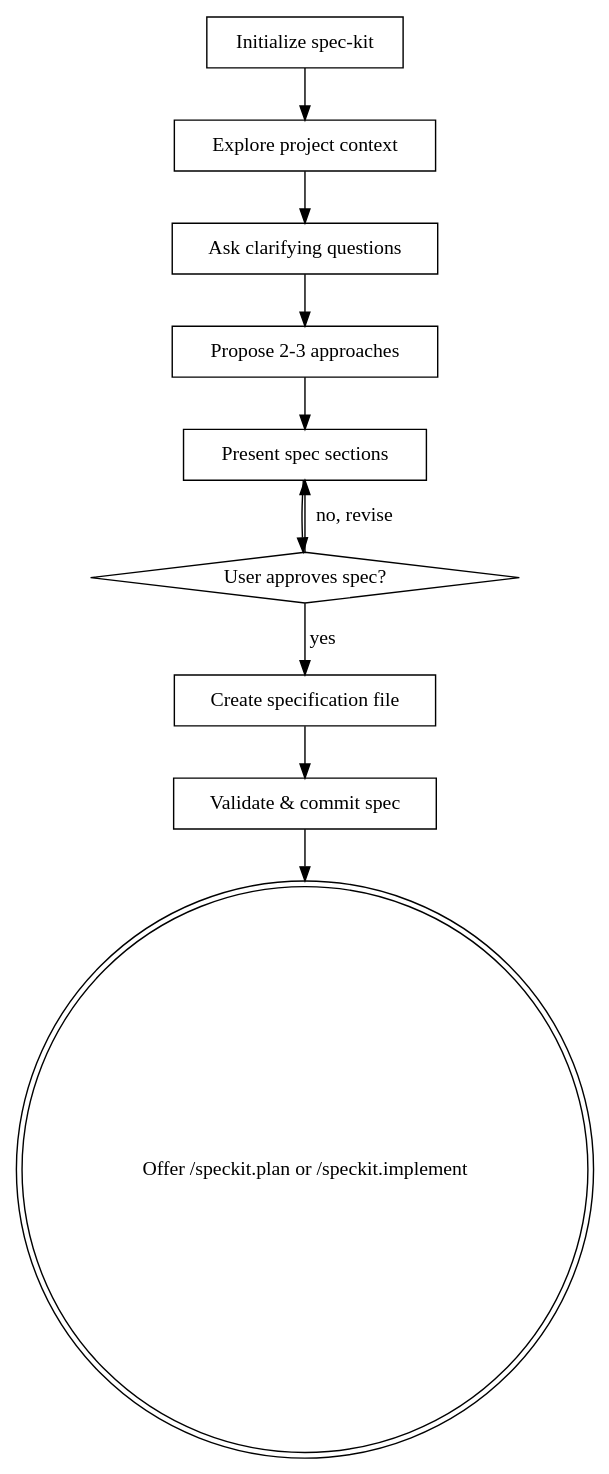
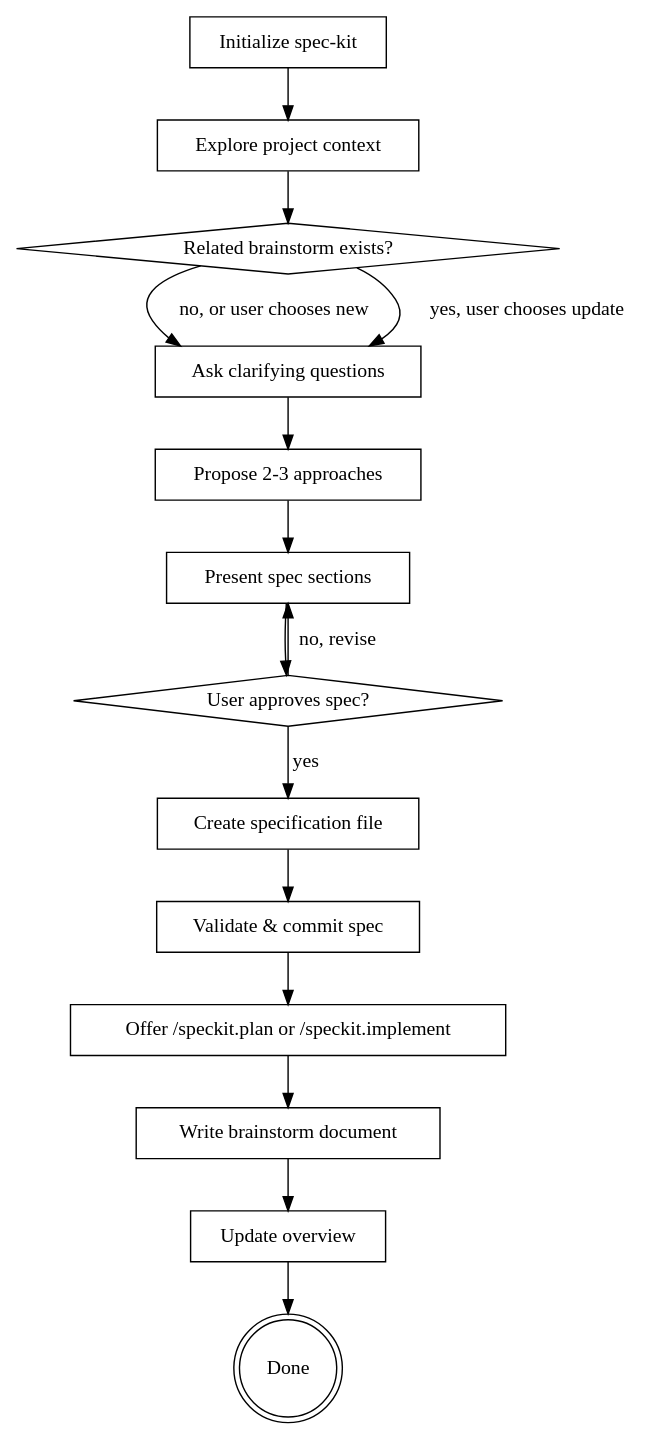
One commit to rhuss/cc-sdd changed the diagram in sdd/skills/brainstorm/SKILL.md. Above: the diagram before and after it, drawn with Graphviz. The commit also changed other lines of this file and 1 other file, not shown here.

First line of the commit message:
Implement brainstorm persistence in skill prompt

````diff
--- a/sdd/skills/brainstorm/SKILL.md
+++ b/sdd/skills/brainstorm/SKILL.md
@@ -43,23 +46,32 @@
 ```dot
 digraph brainstorming {
     "Initialize spec-kit" [shape=box];
     "Explore project context" [shape=box];
+    "Related brainstorm exists?" [shape=diamond];
     "Ask clarifying questions" [shape=box];
     "Propose 2-3 approaches" [shape=box];
     "Present spec sections" [shape=box];
     "User approves spec?" [shape=diamond];
     "Create specification file" [shape=box];
     "Validate & commit spec" [shape=box];
-    "Offer /speckit.plan or /speckit.implement" [shape=doublecircle];
+    "Offer /speckit.plan or /speckit.implement" [shape=box];
+    "Write brainstorm document" [shape=box];
+    "Update overview" [shape=box];
+    "Done" [shape=doublecircle];
 
     "Initialize spec-kit" -> "Explore project context";
-    "Explore project context" -> "Ask clarifying questions";
+    "Explore project context" -> "Related brainstorm exists?";
+    "Related brainstorm exists?" -> "Ask clarifying questions" [label="no, or user chooses new"];
+    "Related brainstorm exists?" -> "Ask clarifying questions" [label="yes, user chooses update"];
     "Ask clarifying questions" -> "Propose 2-3 approaches";
     "Propose 2-3 approaches" -> "Present spec sections";
     "Present spec sections" -> "User approves spec?";
     "User approves spec?" -> "Present spec sections" [label="no, revise"];
     "User approves spec?" -> "Create specification file" [label="yes"];
     "Create specification file" -> "Validate & commit spec";
     "Validate & commit spec" -> "Offer /speckit.plan or /speckit.implement";
+    "Offer /speckit.plan or /speckit.implement" -> "Write brainstorm document";
+    "Write brainstorm document" -> "Update overview";
+    "Update overview" -> "Done";
 }
 ```
````
